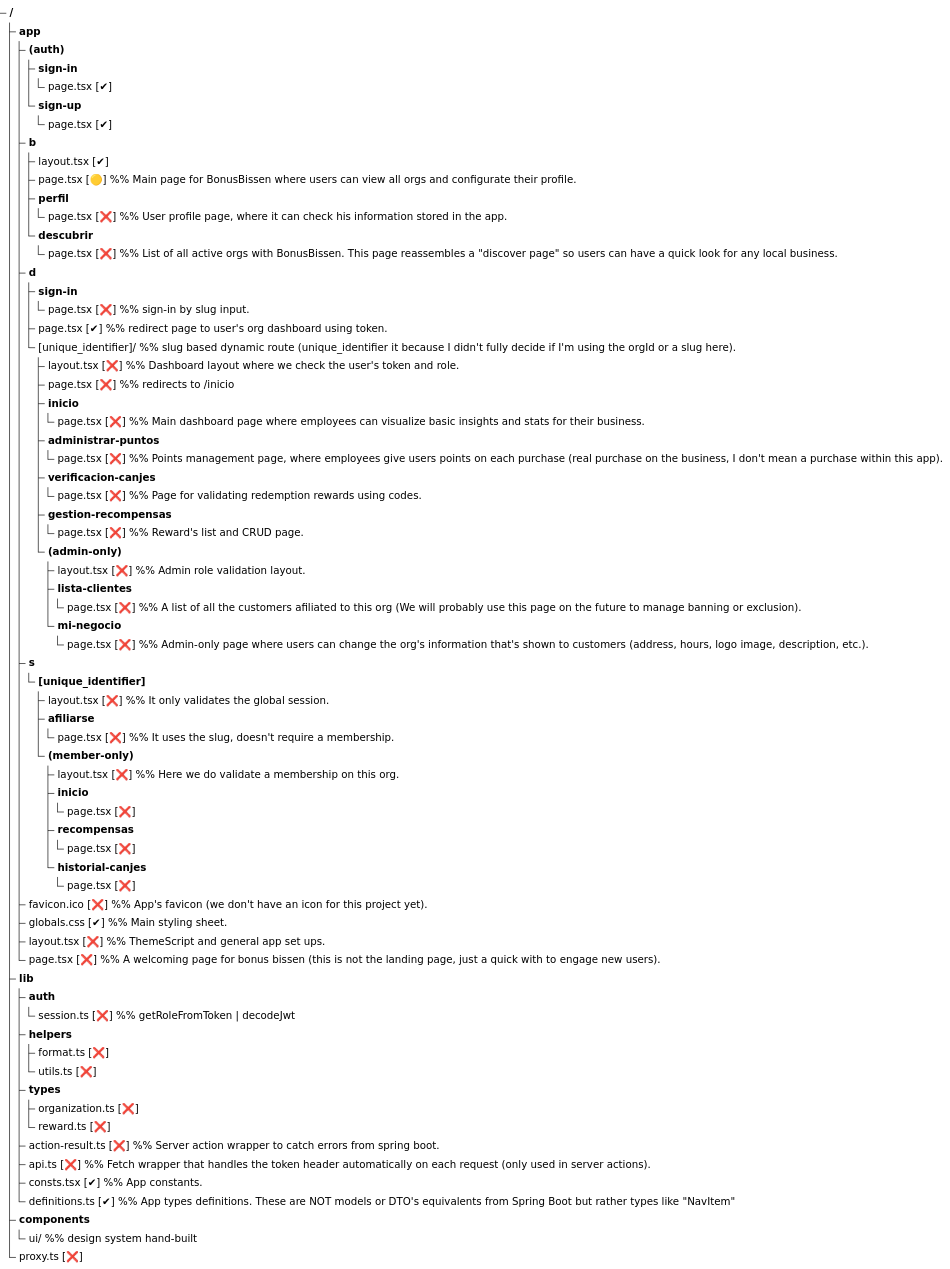
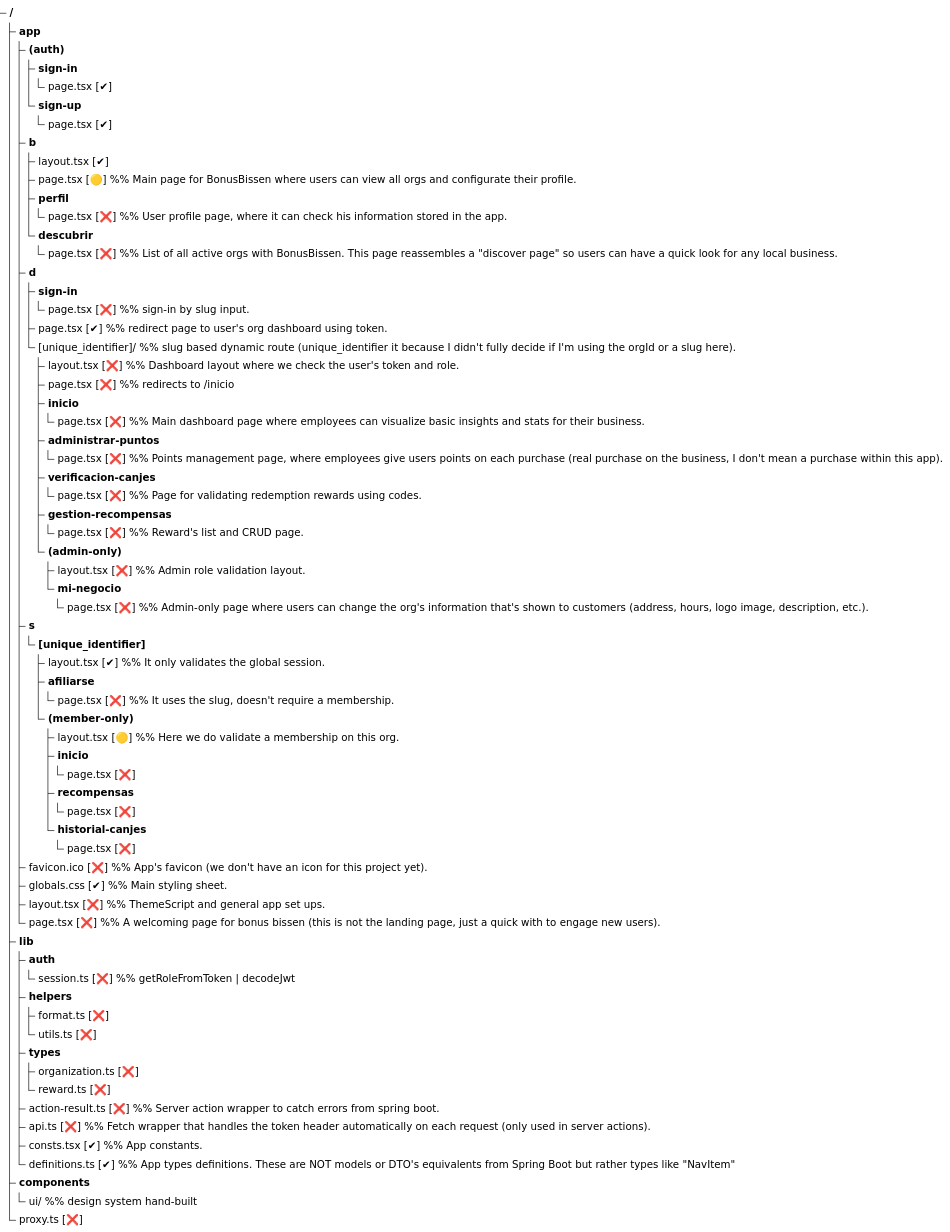
One commit to gnosticDeveloper/bonusbissen changed the diagram in docs/front-folder-structure.mmd. Above: the diagram before and after it, drawn with Mermaid. The commit also changed 47 other files, not shown here.

```diff
--- a/docs/front-folder-structure.mmd
+++ b/docs/front-folder-structure.mmd
@@ -1,68 +1,66 @@
 treeView-beta
     app/
         (auth)/
             sign-in/
                 page.tsx [✔]
             sign-up/
                 page.tsx [✔]
         b/
             layout.tsx [✔]
             page.tsx [🟡] %% Main page for BonusBissen where users can view all orgs and configurate their profile.
             perfil/
                 page.tsx [❌] %% User profile page, where it can check his information stored in the app.
             descubrir/
                 page.tsx [❌] %% List of all active orgs with BonusBissen. This page reassembles a "discover page" so users can have a quick look for any local business.
         d/
             sign-in/
                 page.tsx [❌] %% sign-in by slug input.
             page.tsx [✔] %% redirect page to user's org dashboard using token.
             [unique_identifier]/ %% slug based dynamic route (unique_identifier it because I didn't fully decide if I'm using the orgId or a slug here).
                 layout.tsx [❌] %% Dashboard layout where we check the user's token and role.
                 page.tsx [❌] %% redirects to /inicio
                 inicio/
                     page.tsx [❌] %% Main dashboard page where employees can visualize basic insights and stats for their business.
                 administrar-puntos/
                     page.tsx [❌] %% Points management page, where employees give users points on each purchase (real purchase on the business, I don't mean a purchase within this app).
                 verificacion-canjes/
                     page.tsx [❌] %% Page for validating redemption rewards using codes.
                 gestion-recompensas/
                     page.tsx [❌] %% Reward's list and CRUD page.
                 (admin-only)/
                     layout.tsx [❌] %% Admin role validation layout.
-                    lista-clientes/
-                        page.tsx [❌] %% A list of all the customers afiliated to this org (We will probably use this page on the future to manage banning or exclusion).
                     mi-negocio/
                         page.tsx [❌] %% Admin-only page where users can change the org's information that's shown to customers (address, hours, logo image, description, etc.).
         s/
             [unique_identifier]/
-                layout.tsx [❌] %% It only validates the global session.
+                layout.tsx [✔] %% It only validates the global session.
                 afiliarse/
                     page.tsx [❌] %% It uses the slug, doesn't require a membership.
                 (member-only)/
-                    layout.tsx [❌] %% Here we do validate a membership on this org.
+                    layout.tsx [🟡] %% Here we do validate a membership on this org.
                     inicio/
                         page.tsx [❌]
                     recompensas/
                         page.tsx [❌]
                     historial-canjes/
                         page.tsx [❌]
         favicon.ico [❌] %% App's favicon (we don't have an icon for this project yet).
         globals.css [✔] %% Main styling sheet.
         layout.tsx [❌] %% ThemeScript and general app set ups.
         page.tsx [❌] %% A welcoming page for bonus bissen (this is not the landing page, just a quick with to engage new users).
     lib/
         auth/
             session.ts [❌] %% getRoleFromToken | decodeJwt
         helpers/
             format.ts [❌]
             utils.ts [❌]
         types/
             organization.ts [❌]
             reward.ts [❌]
         action-result.ts [❌] %% Server action wrapper to catch errors from spring boot.
         api.ts [❌] %% Fetch wrapper that handles the token header automatically on each request (only used in server actions).
         consts.tsx [✔] %% App constants.
         definitions.ts [✔] %% App types definitions. These are NOT models or DTO's equivalents from Spring Boot but rather types like "NavItem"
     components/
         ui/ %% design system hand-built
     proxy.ts [❌]
```
